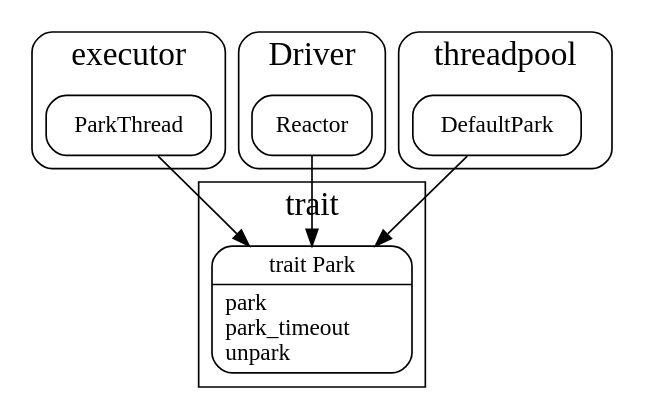
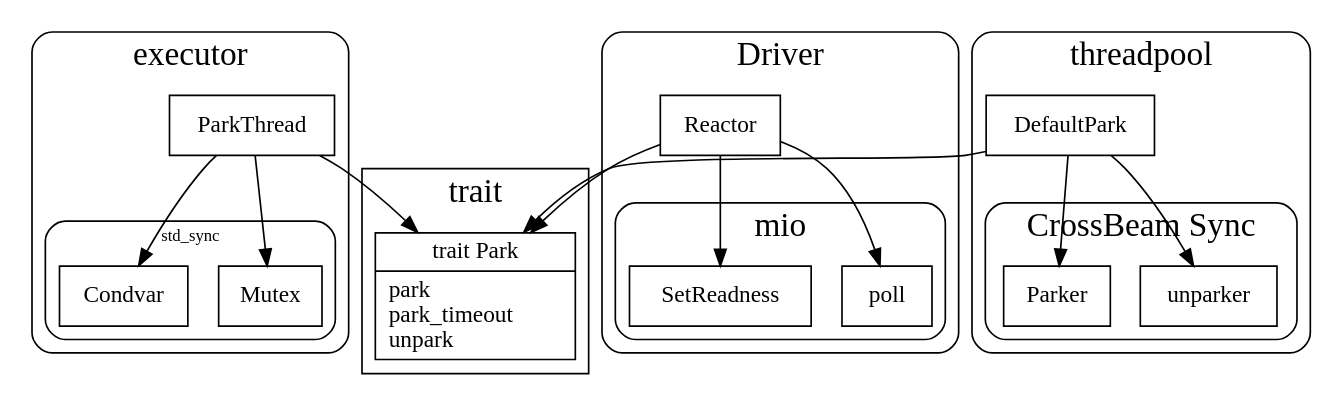
The diagram in src/tokio/park.dot (xieyu/blog), drawn with Graphviz before and after one commit. The commit also changed 12 other files, not shown here.

```diff
--- a/src/tokio/park.dot
+++ b/src/tokio/park.dot
@@ -1,38 +1,64 @@
 digraph park {
-  node[shape=box;style="rounded"];
+  node[shape=box;];
+  rankdir=TD;
   newrank=true;
-  rankdir=TD;
+
   subgraph cluster_executor {
     graph[label="executor";fontsize=20;style=rounded]
     ParkThread
+    subgraph cluster_std_sync {
+      graph[label="std_sync";fontsize=10;]
+      Mutex;
+      Condvar;
+      
+    }
+    ParkThread -> Mutex;
+    ParkThread -> Condvar;
   }
 
   subgraph cluster_trait {
     graph[label="trait";fontsize=20;]
     Park [
       shape="record";
       label="{
         trait Park  |
         park \l
         park_timeout \l
         unpark \l
       }";
     ]
   }
 
   subgraph cluster_driver{
     graph[label="Driver";fontsize=20;style=rounded]
     Reactor;
+
+    subgraph cluster_mio {
+      graph[label="mio";fontsize=20;]
+      poll
+      SetReadness;
+    }
+
+    Reactor -> {poll, SetReadness};
   }
 
   subgraph cluster_timer {
     graph[label="timer";fontsize=20;style=rounded]
   }
 
   subgraph cluster_threadpool {
     graph[label="threadpool";fontsize=20;style=rounded]
     DefaultPark
+
+    subgraph cluster_CrossBeam_Sync {
+      graph[label="CrossBeam Sync";fontsize=20;]
+      unparker;
+      Parker;
+    }
+
+    DefaultPark -> unparker;
+    DefaultPark -> Parker;
   }
 
   {DefaultPark, Reactor, ParkThread} -> Park;
 }
```
